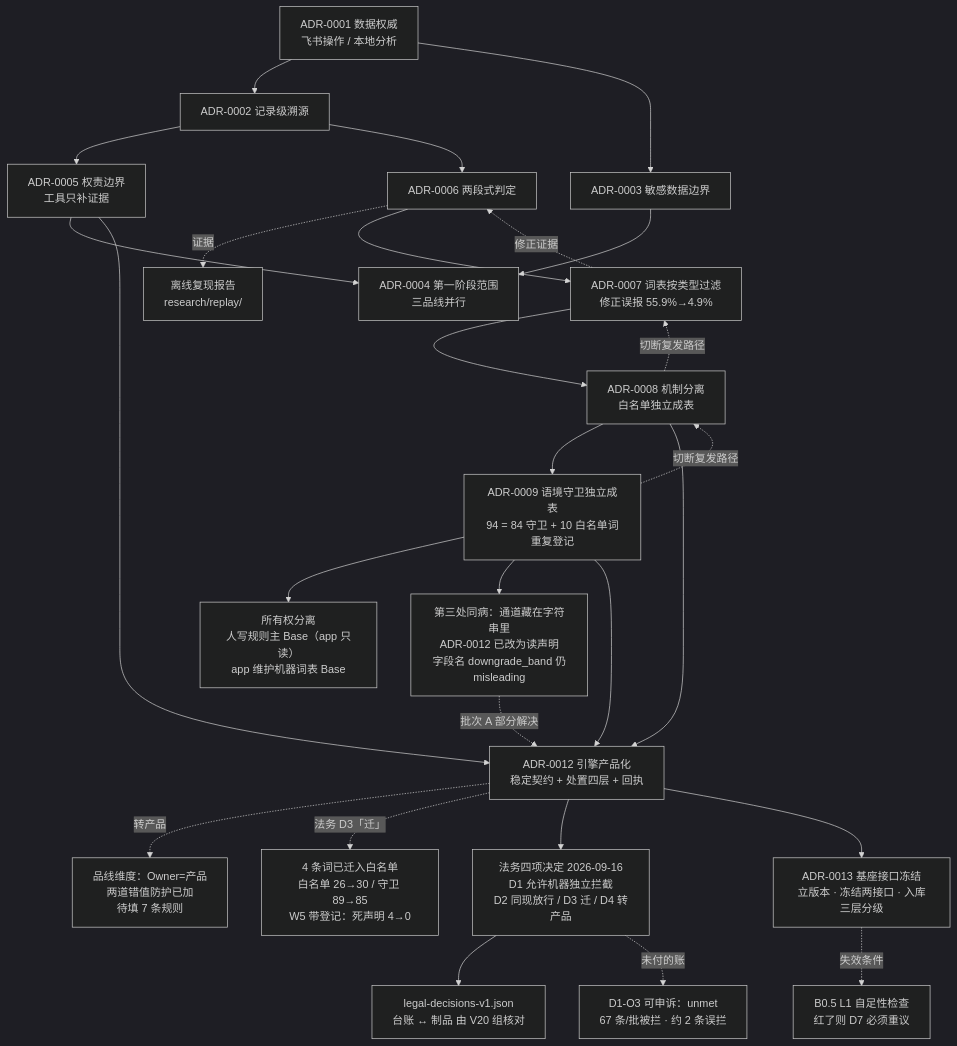
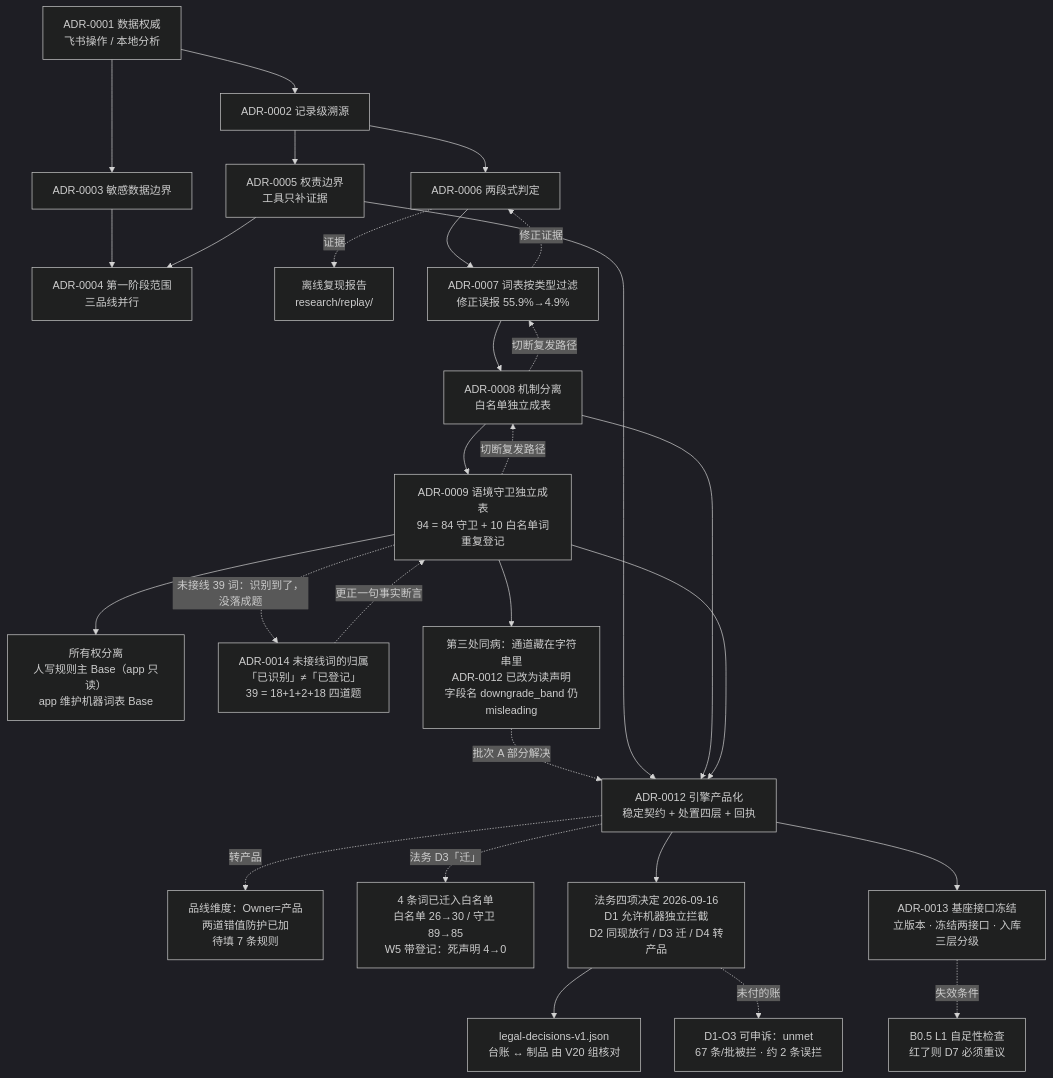
One commit to zjgulai/audit_brand_content changed the diagram in ADR/README.md. Above: the diagram before and after it, drawn with Mermaid (dark theme). The commit also changed other lines of this file and 5 other files, not shown here.

````diff
--- a/ADR/README.md
+++ b/ADR/README.md
@@ -37,29 +38,31 @@
 ```mermaid
 flowchart TD
     A1["ADR-0001 数据权威<br/>飞书操作 / 本地分析"] --> A2["ADR-0002 记录级溯源"]
     A1 --> A3["ADR-0003 敏感数据边界"]
     A2 --> A5["ADR-0005 权责边界<br/>工具只补证据"]
     A3 --> A4["ADR-0004 第一阶段范围<br/>三品线并行"]
     A5 --> A4
     A2 --> A6["ADR-0006 两段式判定"]
     A6 -.证据.-> REPLAY["离线复现报告<br/>research/replay/"]
     A7["ADR-0007 词表按类型过滤<br/>修正误报 55.9%→4.9%"] -.修正证据.-> A6
     A6 --> A7
     A7 --> A8["ADR-0008 机制分离<br/>白名单独立成表"]
     A8 -.切断复发路径.-> A7
     A8 --> A9["ADR-0009 语境守卫独立成表<br/>94 = 84 守卫 + 10 白名单词重复登记"]
     A9 -.切断复发路径.-> A8
     A9 --> OWN["所有权分离<br/>人写规则主 Base（app 只读）<br/>app 维护机器词表 Base"]
+    A9 -.未接线 39 词：识别到了，没落成题.-> A14["ADR-0014 未接线词的归属<br/>「已识别」≠「已登记」<br/>39 = 18+1+2+18 四道题"]
     A9 --> Q3["第三处同病：通道藏在字符串里<br/>ADR-0012 已改为读声明<br/>字段名 downgrade_band 仍misleading"]
     Q3 -.批次 A 部分解决.-> A12["ADR-0012 引擎产品化<br/>稳定契约 + 处置四层 + 回执"]
     A5 --> A12
     A8 --> A12
     A9 --> A12
     A12 -.转产品.-> GAP["品线维度：Owner=产品<br/>两道错值防护已加<br/>待填 7 条规则"]
     A12 -.法务 D3「迁」.-> MIS["4 条词已迁入白名单<br/>白名单 26→30 / 守卫 89→85<br/>W5 带登记：死声明 4→0"]
     A12 --> LEG["法务四项决定 2026-09-16<br/>D1 允许机器独立拦截<br/>D2 同现放行 / D3 迁 / D4 转产品"]
     LEG --> LED["legal-decisions-v1.json<br/>台账 ↔ 制品 由 V20 组核对"]
     LEG -.未付的账.-> OWED["D1-O3 可申诉：unmet<br/>67 条/批被拦 · 约 2 条误拦"]
+    A14 -.更正一句事实断言.-> A9
     A12 --> A13["ADR-0013 基座接口冻结<br/>立版本 · 冻结两接口 · 入库三层分级"]
     A13 -.失效条件.-> L1SELF["B0.5 L1 自足性检查<br/>红了则 D7 必须重议"]
 ```
````
